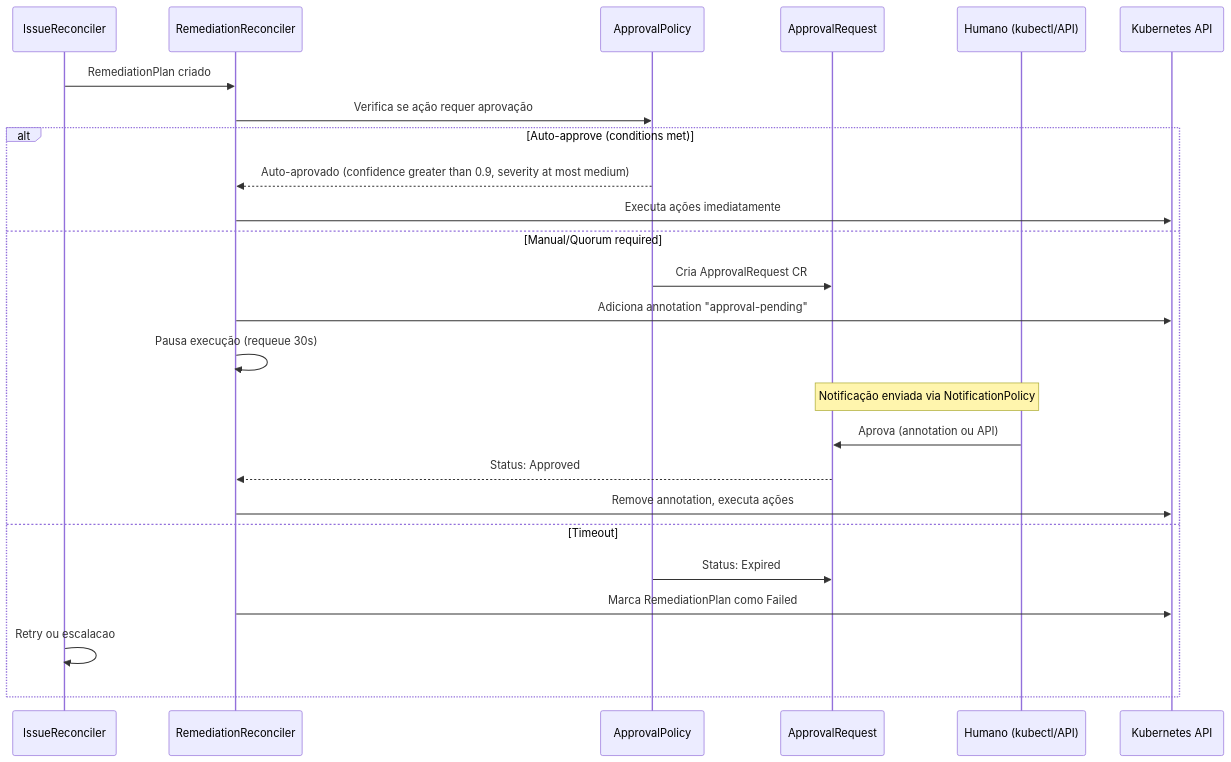
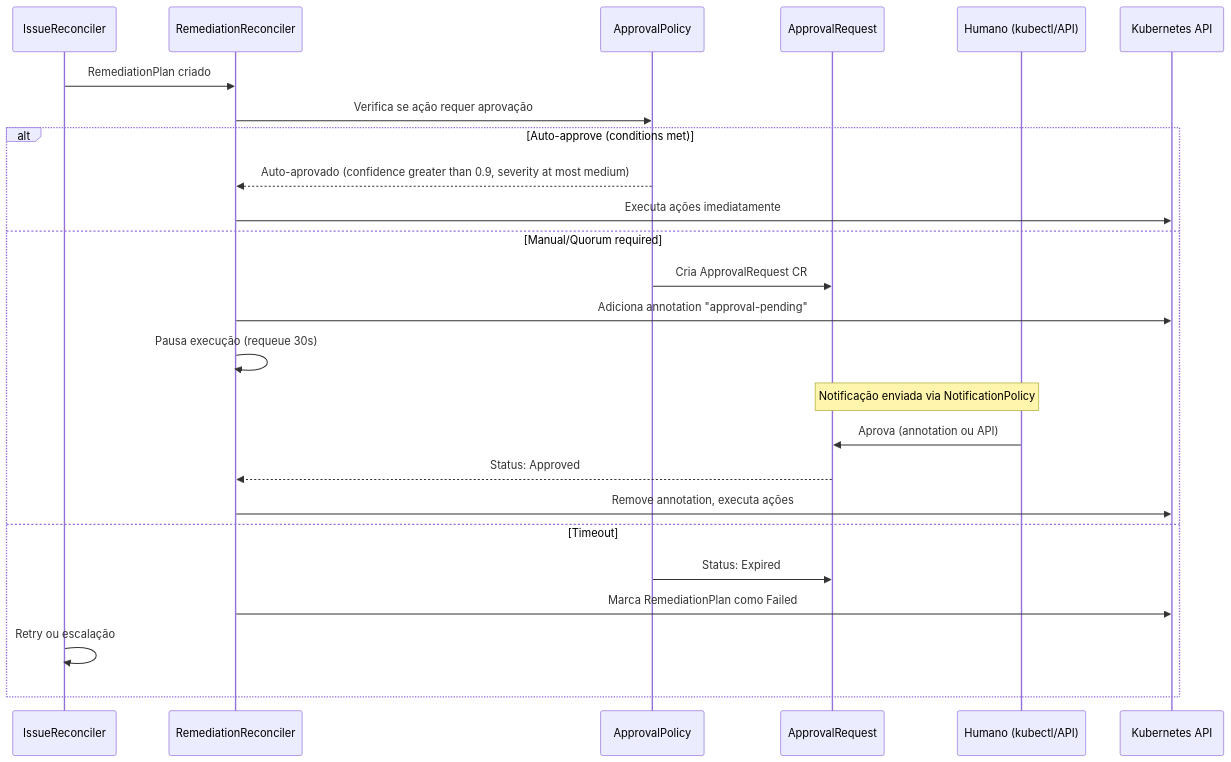
The first of 3 diagrams in features/aiops/approval-workflow.mdx (diillson/chatcli.ai), drawn with Mermaid before and after one commit. The commit also changed other lines of this file and 97 other files, not shown here.

````diff
--- a/features/aiops/approval-workflow.mdx
+++ b/features/aiops/approval-workflow.mdx
@@ -32,31 +32,31 @@
 ```mermaid
 sequenceDiagram
     participant IR as IssueReconciler
     participant RR as RemediationReconciler
     participant AP as ApprovalPolicy
     participant AR as ApprovalRequest
     participant H as Humano (kubectl/API)
     participant K8s as Kubernetes API
 
     IR->>RR: RemediationPlan criado
     RR->>AP: Verifica se ação requer aprovação
 
     alt Auto-approve (conditions met)
         AP-->>RR: Auto-aprovado (confidence greater than 0.9, severity at most medium)
         RR->>K8s: Executa ações imediatamente
     else Manual/Quorum required
         AP->>AR: Cria ApprovalRequest CR
         RR->>K8s: Adiciona annotation "approval-pending"
         RR->>RR: Pausa execução (requeue 30s)
 
         Note over AR,H: Notificação enviada via NotificationPolicy
 
         H->>AR: Aprova (annotation ou API)
         AR-->>RR: Status: Approved
         RR->>K8s: Remove annotation, executa ações
     else Timeout
         AP->>AR: Status: Expired
         RR->>K8s: Marca RemediationPlan como Failed
-        IR->>IR: Retry ou escalacao
+        IR->>IR: Retry ou escalação
     end
 ```
````
